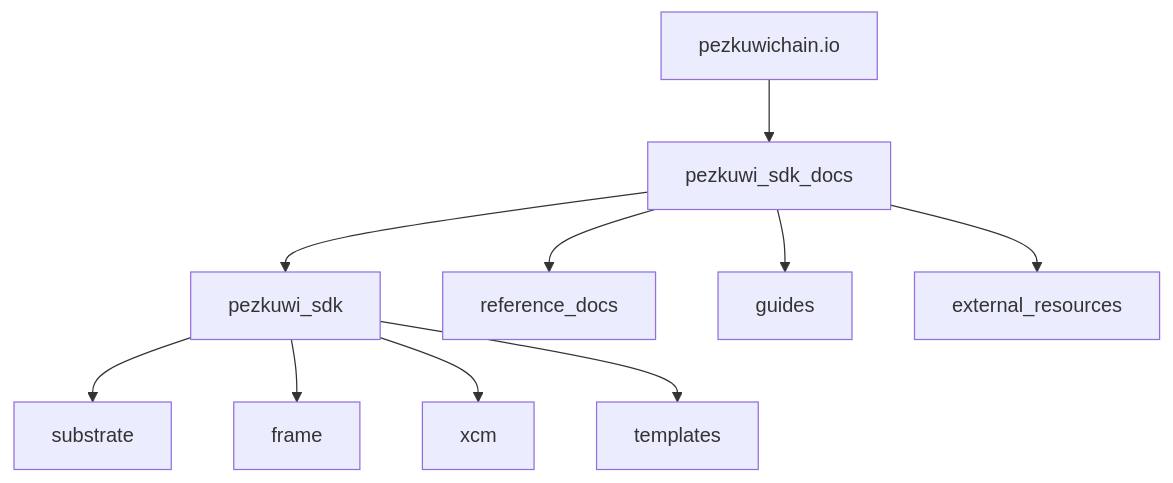
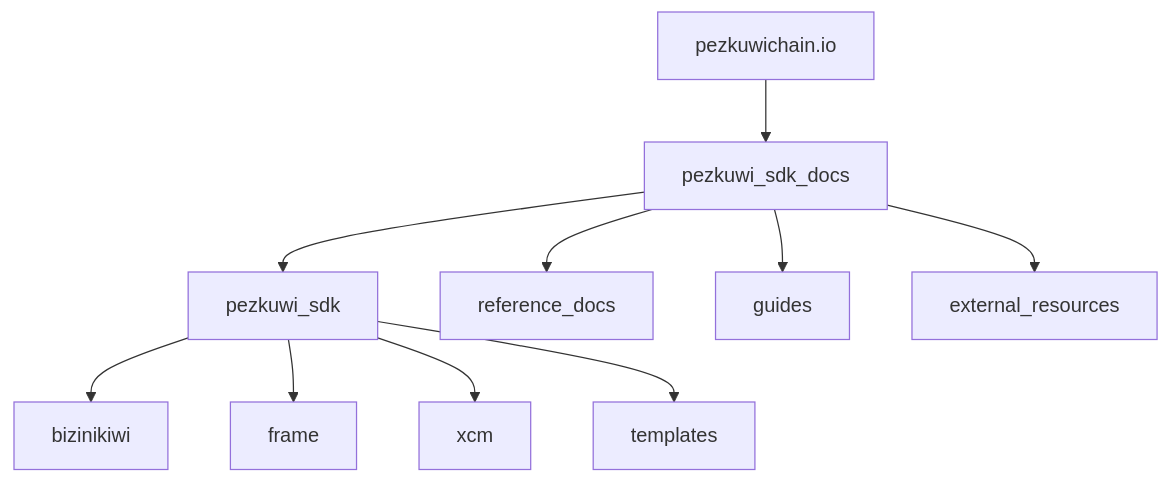
The diagram in docs/mermaid/IA.mmd (pezkuwichain/pezkuwi-sdk), drawn with Mermaid before and after one commit. The commit also changed 10264 other files, not shown here.

First line of the commit message:
feat: Rebrand Polkadot/Substrate references to PezkuwiChain

```diff
--- a/docs/mermaid/IA.mmd
+++ b/docs/mermaid/IA.mmd
@@ -1,12 +1,12 @@
 flowchart TD
     dot[pezkuwichain.io] --> devhub[pezkuwi_sdk_docs]
 
     devhub --> pezkuwi_sdk
     devhub --> reference_docs
     devhub --> guides
 	devhub --> external_resources
 
-    pezkuwi_sdk --> substrate
+    pezkuwi_sdk --> bizinikiwi
     pezkuwi_sdk --> frame
     pezkuwi_sdk --> xcm
 	pezkuwi_sdk --> templates
```
